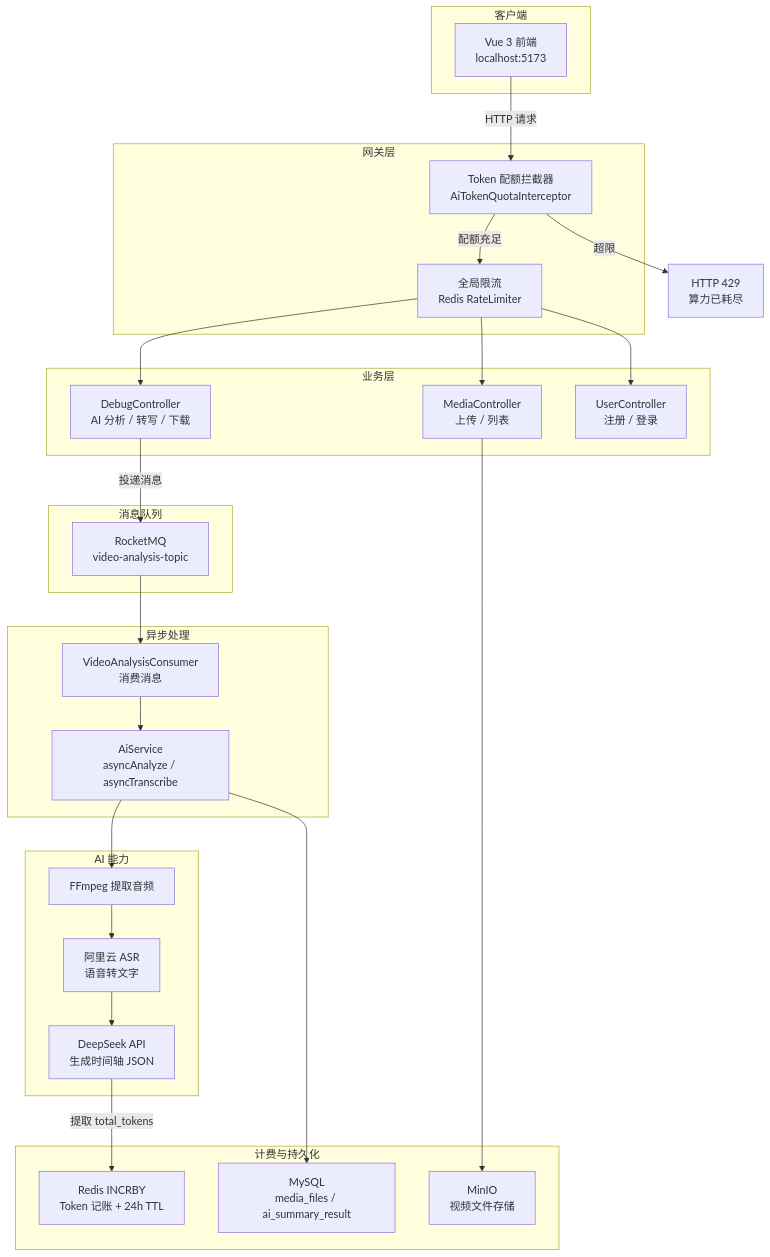
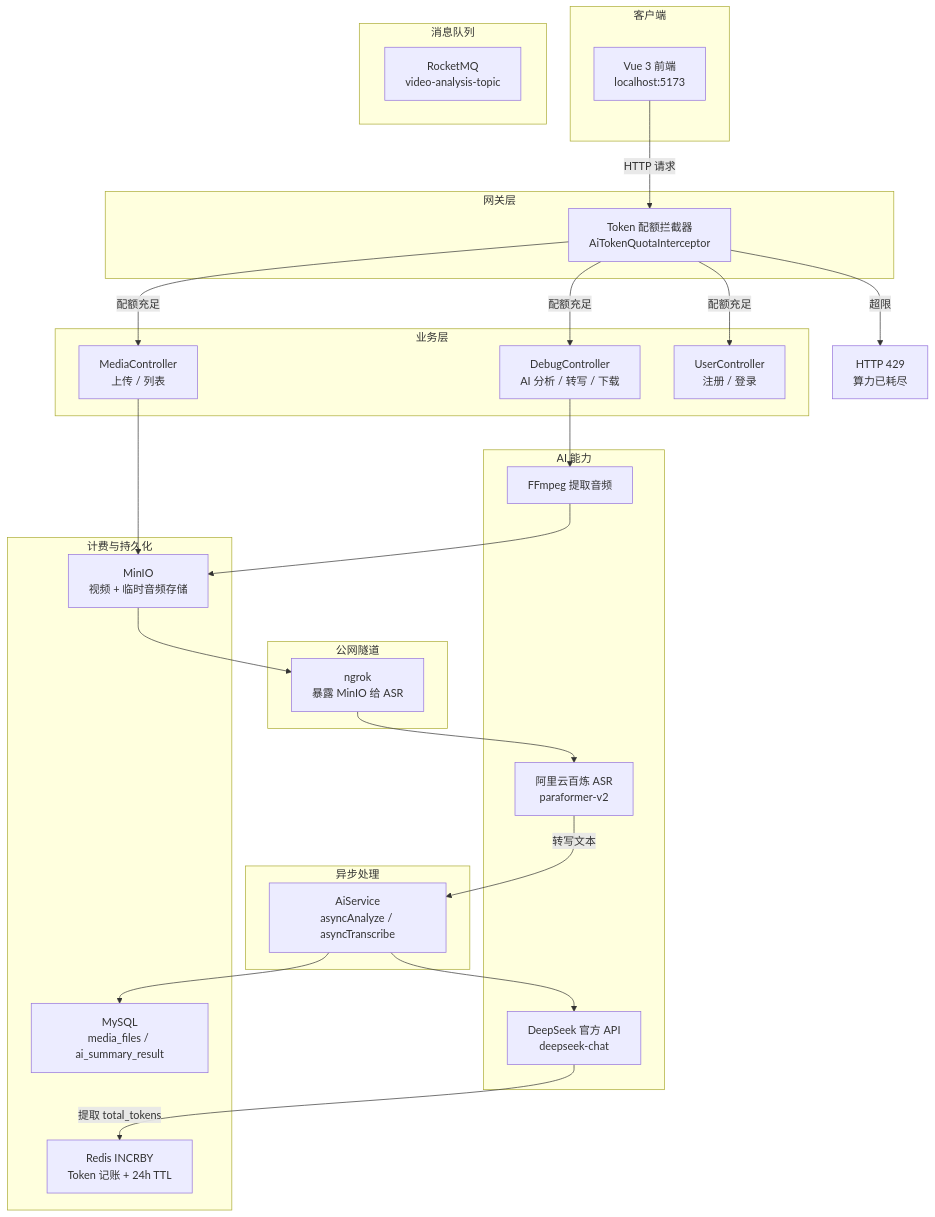
Before and after one commit to beibei31/SmartVideo-Engine: the diagram in README.md, drawn with Mermaid. The commit also changed other lines of this file and 14 other files, not shown here.

First line of the commit message:
feat: token cost tracking with Redis interceptor, ASR pipeline fix, and frontend token meter

````diff
--- a/README.md
+++ b/README.md
@@ -65,54 +66,55 @@
 ```mermaid
 graph TB
     subgraph 客户端
         A[Vue 3 前端<br/>localhost:5173]
     end
 
     subgraph 网关层
         B[Token 配额拦截器<br/>AiTokenQuotaInterceptor]
-        C[全局限流<br/>Redis RateLimiter]
     end
 
     subgraph 业务层
         D[MediaController<br/>上传 / 列表]
         E[DebugController<br/>AI 分析 / 转写 / 下载]
         F[UserController<br/>注册 / 登录]
     end
 
     subgraph 消息队列
         G[RocketMQ<br/>video-analysis-topic]
     end
 
     subgraph 异步处理
-        H[VideoAnalysisConsumer<br/>消费消息]
         I[AiService<br/>asyncAnalyze / asyncTranscribe]
     end
 
     subgraph AI 能力
         J[FFmpeg 提取音频]
-        K[阿里云 ASR<br/>语音转文字]
-        L[DeepSeek API<br/>生成时间轴 JSON]
+        K[阿里云百炼 ASR<br/>paraformer-v2]
+        L[DeepSeek 官方 API<br/>deepseek-chat]
     end
 
     subgraph 计费与持久化
         M[Redis INCRBY<br/>Token 记账 + 24h TTL]
         N[MySQL<br/>media_files / ai_summary_result]
-        O[MinIO<br/>视频文件存储]
+        O[MinIO<br/>视频 + 临时音频存储]
+    end
+
+    subgraph 公网隧道
+        P[ngrok<br/>暴露 MinIO 给 ASR]
     end
 
     A -->|HTTP 请求| B
-    B -->|配额充足| C
+    B -->|配额充足| D
+    B -->|配额充足| E
     B -->|超限| Z[HTTP 429<br/>算力已耗尽]
-    C --> D
-    C --> E
-    C --> F
-    E -->|投递消息| G
-    G --> H
-    H --> I
-    I --> J
-    J --> K
-    K --> L
+    B -->|配额充足| F
+    E --> J
+    J --> O
+    O --> P
+    P --> K
+    K -->|转写文本| I
+    I --> L
     L -->|提取 total_tokens| M
     I --> N
     D --> O
 ```
````
